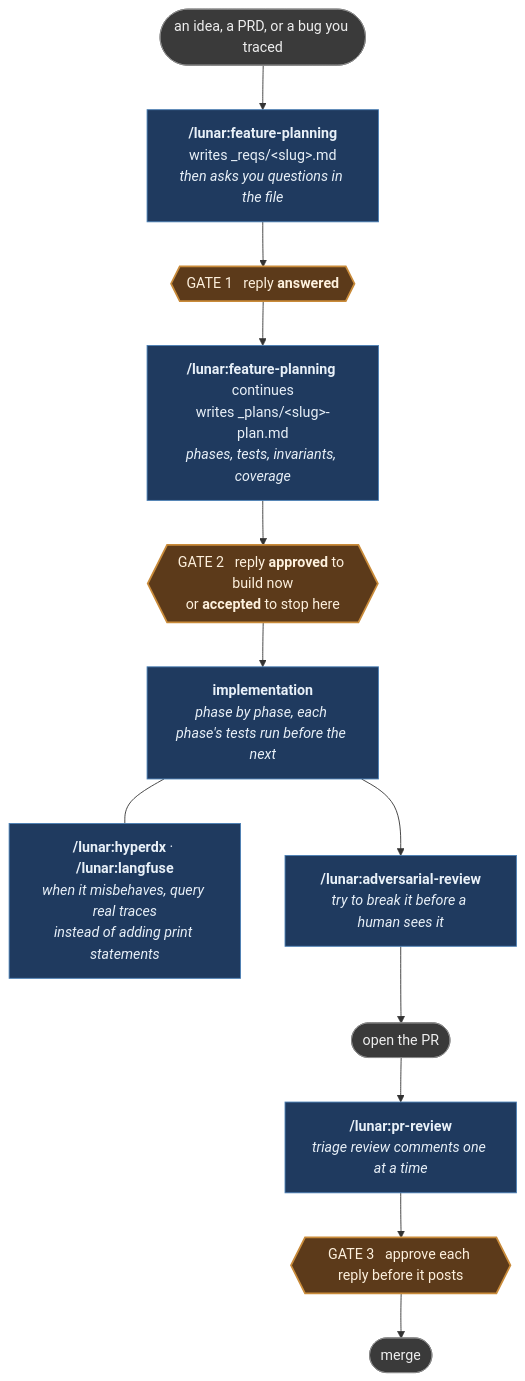
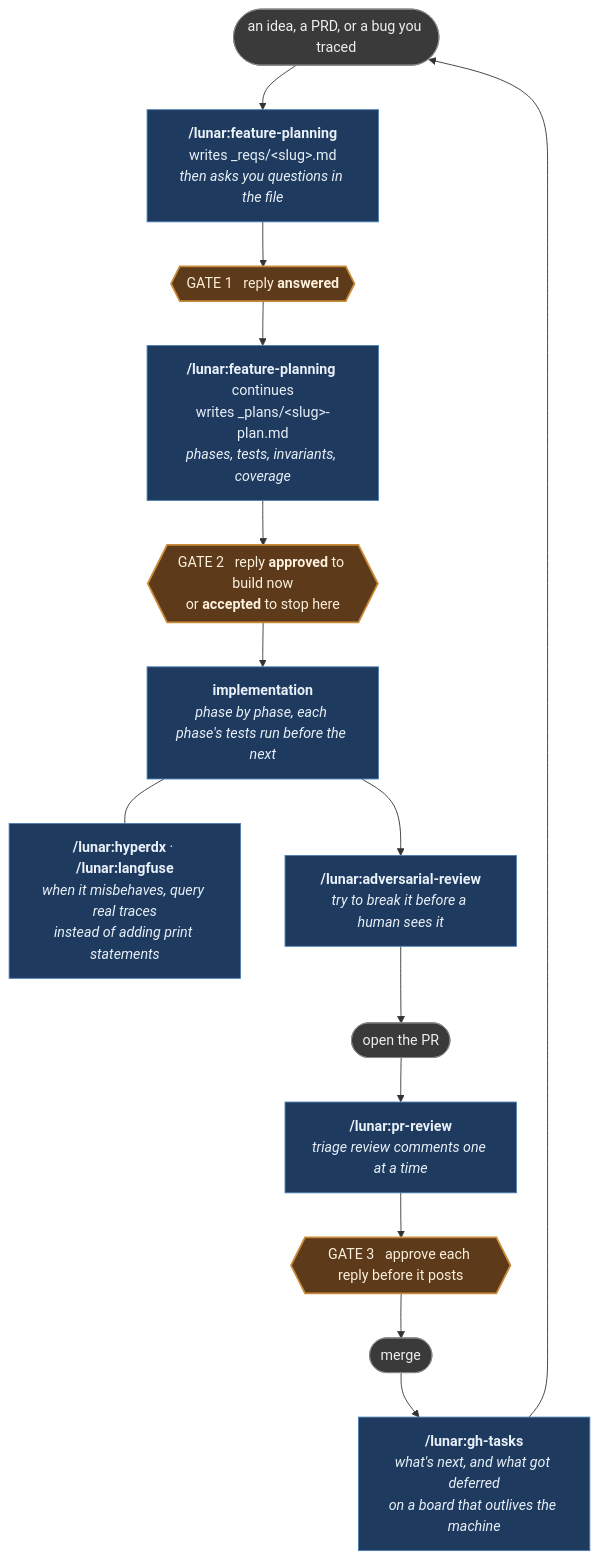
Before and after one commit to LunarCommand/claude-skills: the diagram in README.md, drawn with Mermaid. The commit also changed other lines of this file and 9 other files, not shown here.

````diff
--- a/README.md
+++ b/README.md
@@ -38,26 +38,28 @@
 ```mermaid
 flowchart TD
     idea(["an idea, a PRD, or a bug you traced"])
     fp1["<b>/lunar:feature-planning</b><br/>writes _reqs/&lt;slug&gt;.md<br/><i>then asks you questions in the file</i>"]
     g1{{"GATE 1 &nbsp; reply <b>answered</b>"}}
     fp2["<b>/lunar:feature-planning</b> continues<br/>writes _plans/&lt;slug&gt;-plan.md<br/><i>phases, tests, invariants, coverage</i>"]
     g2{{"GATE 2 &nbsp; reply <b>approved</b> to build now<br/>or <b>accepted</b> to stop here"}}
     impl["<b>implementation</b><br/><i>phase by phase, each phase's tests run before the next</i>"]
     dbg["<b>/lunar:hyperdx</b> &middot; <b>/lunar:langfuse</b><br/><i>when it misbehaves, query real traces<br/>instead of adding print statements</i>"]
     adv["<b>/lunar:adversarial-review</b><br/><i>try to break it before a human sees it</i>"]
     pr(["open the PR"])
     prr["<b>/lunar:pr-review</b><br/><i>triage review comments one at a time</i>"]
     g3{{"GATE 3 &nbsp; approve each reply before it posts"}}
     merge(["merge"])
+    tasks["<b>/lunar:gh-tasks</b><br/><i>what's next, and what got deferred<br/>on a board that outlives the machine</i>"]
 
     idea --> fp1 --> g1 --> fp2 --> g2 --> impl --> adv --> pr --> prr --> g3 --> merge
     impl --- dbg
+    merge --> tasks --> idea
 
     classDef skill fill:#1f3a5f,stroke:#4a7fb5,color:#e8f0f8
     classDef gate fill:#5c3a1a,stroke:#c98b3a,stroke-width:2px,color:#fdf0dd
     classDef artifact fill:#3a3a3a,stroke:#888,color:#eee
 
-    class fp1,fp2,impl,adv,prr,dbg skill
+    class fp1,fp2,impl,adv,prr,dbg,tasks skill
     class g1,g2,g3 gate
     class idea,pr,merge artifact
 ```
````
